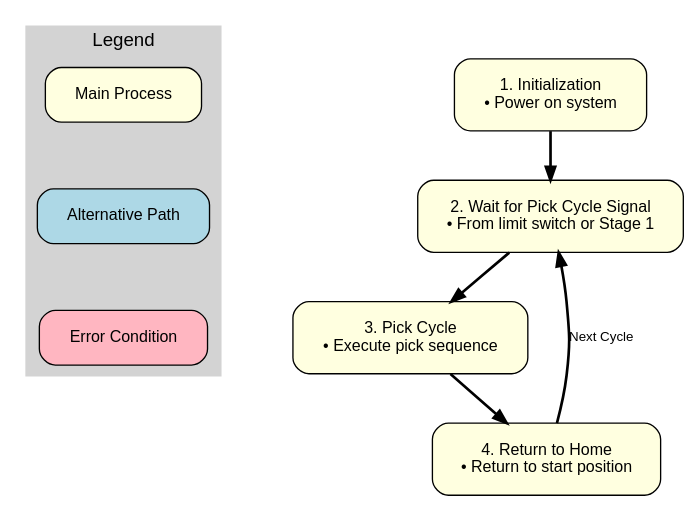
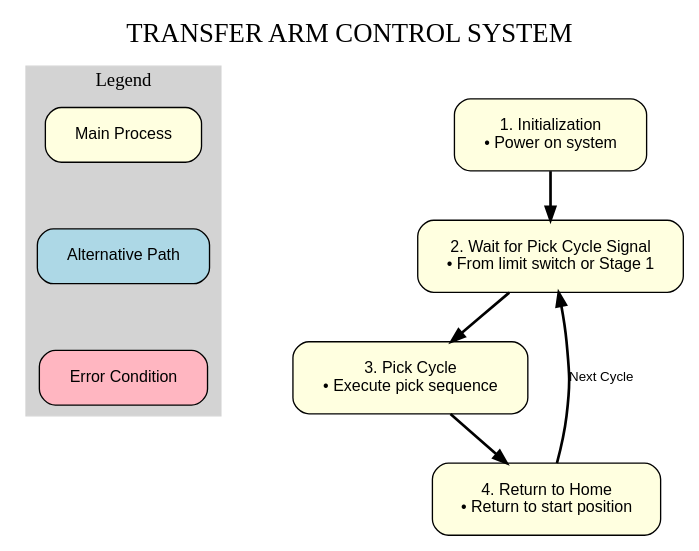
One commit to akivaweil/Transfer-Arm-TA-Mar25 changed the diagram in flowchart.dot. Above: the diagram before and after it, drawn with Graphviz. The commit also changed 1 other file, not shown here.

Commit message:
Added Transfer Arm title to flowchart

```diff
--- a/flowchart.dot
+++ b/flowchart.dot
@@ -1,36 +1,42 @@
 digraph "Transfer_Arm_Flow" {
     // Graph settings
     graph [fontname="Arial", ranksep=0.5, nodesep=0.8, splines=true];
     node [fontname="Arial", fontsize=12, style="filled,rounded", shape=box, margin="0.3,0.2"];
     edge [fontname="Arial", fontsize=10, penwidth=2];
+    
+    // Title
+    labelloc="t";
+    label="TRANSFER ARM CONTROL SYSTEM";
+    fontsize=20;
+    fontname="Arial Bold";
     
     // Legend
     subgraph cluster_legend {
         label="Legend";
         style=filled;
         color=lightgrey;
         fontsize=14;
         
         legend_main [label="Main Process", fillcolor=lightyellow];
         legend_alt [label="Alternative Path", fillcolor=lightblue];
         legend_error [label="Error Condition", fillcolor=lightpink];
         
         legend_main -> legend_alt [style=invis];
         legend_alt -> legend_error [style=invis];
     }
 
     // Nodes
     start [label="1. Initialization\n• Power on system", fillcolor=lightyellow];
     
     wait_pickup [label="2. Wait for Pick Cycle Signal\n• From limit switch or Stage 1", fillcolor=lightyellow];
     
     position_pickup [label="3. Pick Cycle\n• Execute pick sequence", fillcolor=lightyellow];
     
     return_home [label="4. Return to Home\n• Return to start position", fillcolor=lightyellow];
     
     // Edges
     start -> wait_pickup;
     wait_pickup -> position_pickup;
     position_pickup -> return_home;
     return_home -> wait_pickup [label="Next Cycle"];
 } 
```
